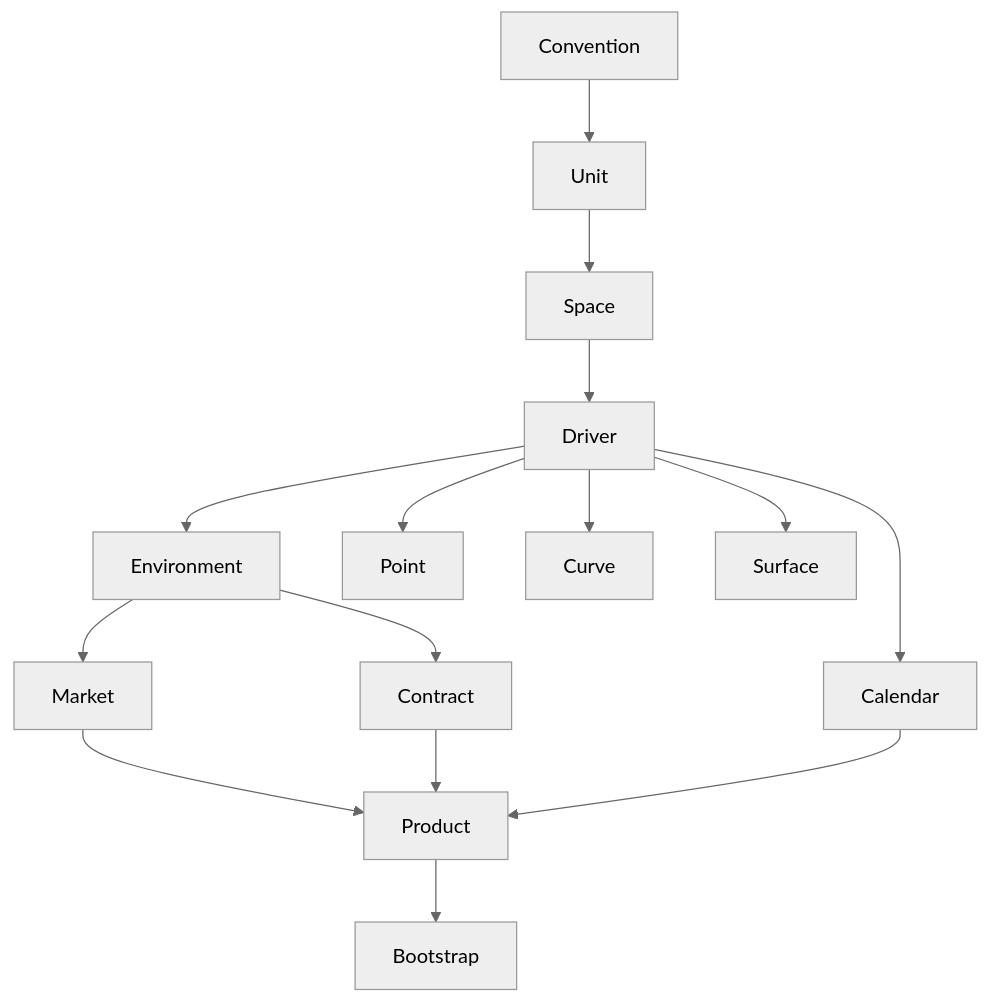
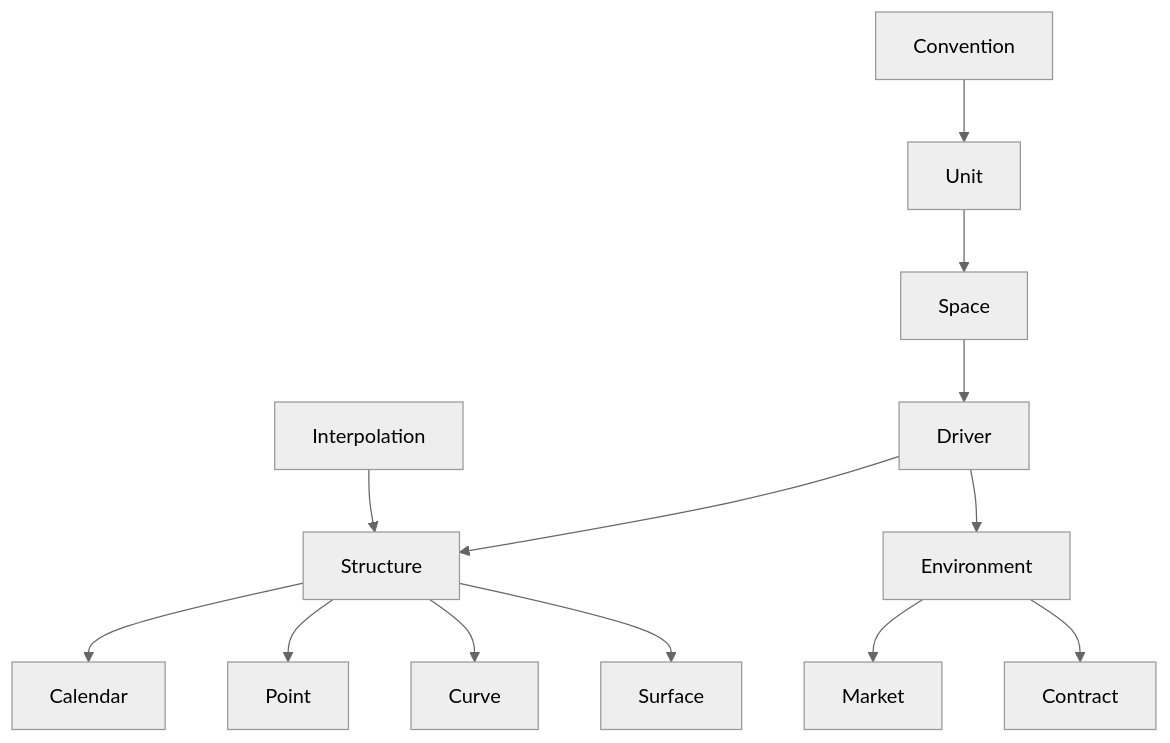
The first of 2 diagrams in README.md (tristanvandevelde/finstruct), drawn with Mermaid (neutral theme) before and after one commit.

````diff
--- a/README.md
+++ b/README.md
@@ -28,17 +28,15 @@
 ```mermaid
 graph TD;
     Convention-->Unit;
     Unit-->Space;
     Space-->Driver;
+    Interpolation-->Structure;
+    Driver-->Structure;
     Driver-->Environment;
     Environment-->Market;
     Environment-->Contract;
-    Market-->Product;
-    Contract-->Product;
-    Calendar-->Product;
-    Driver-->Calendar;
-    Driver-->Point;
-    Driver-->Curve;
-    Driver-->Surface;
-    Product-->Bootstrap;
+    Structure-->Calendar;
+    Structure-->Point;
+    Structure-->Curve;
+    Structure-->Surface;
 ```
````
